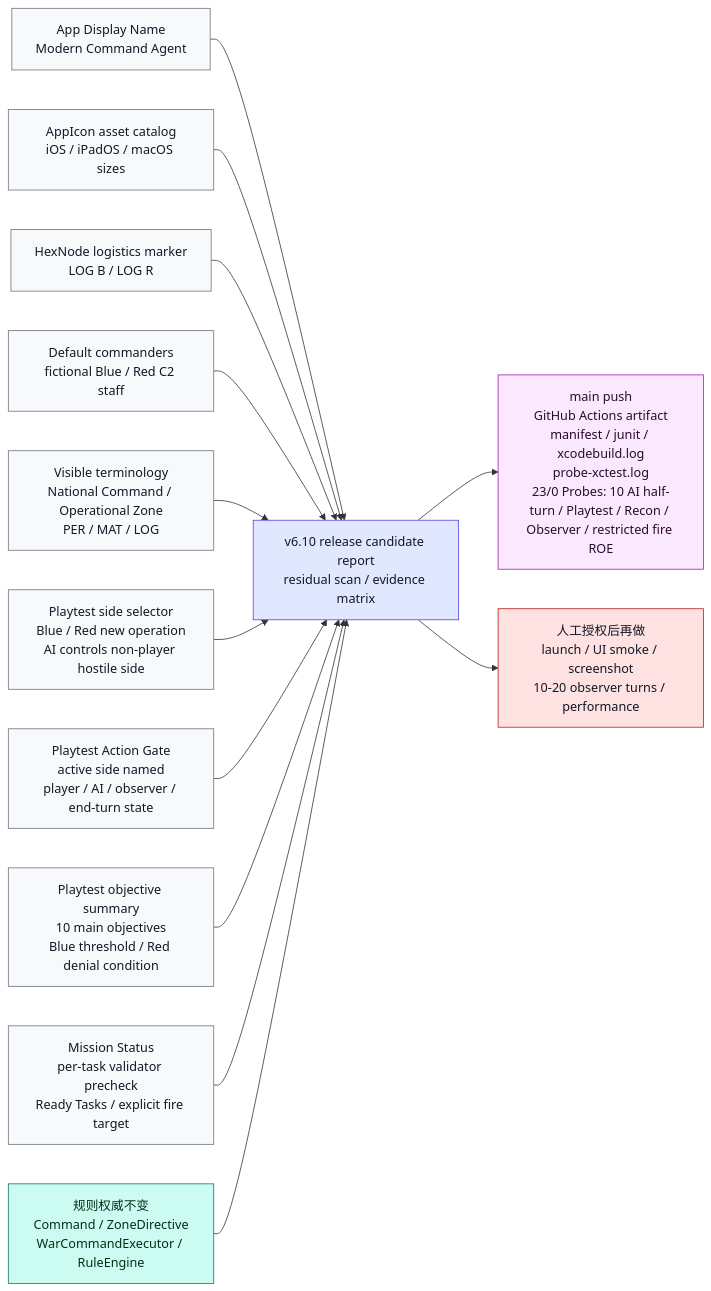
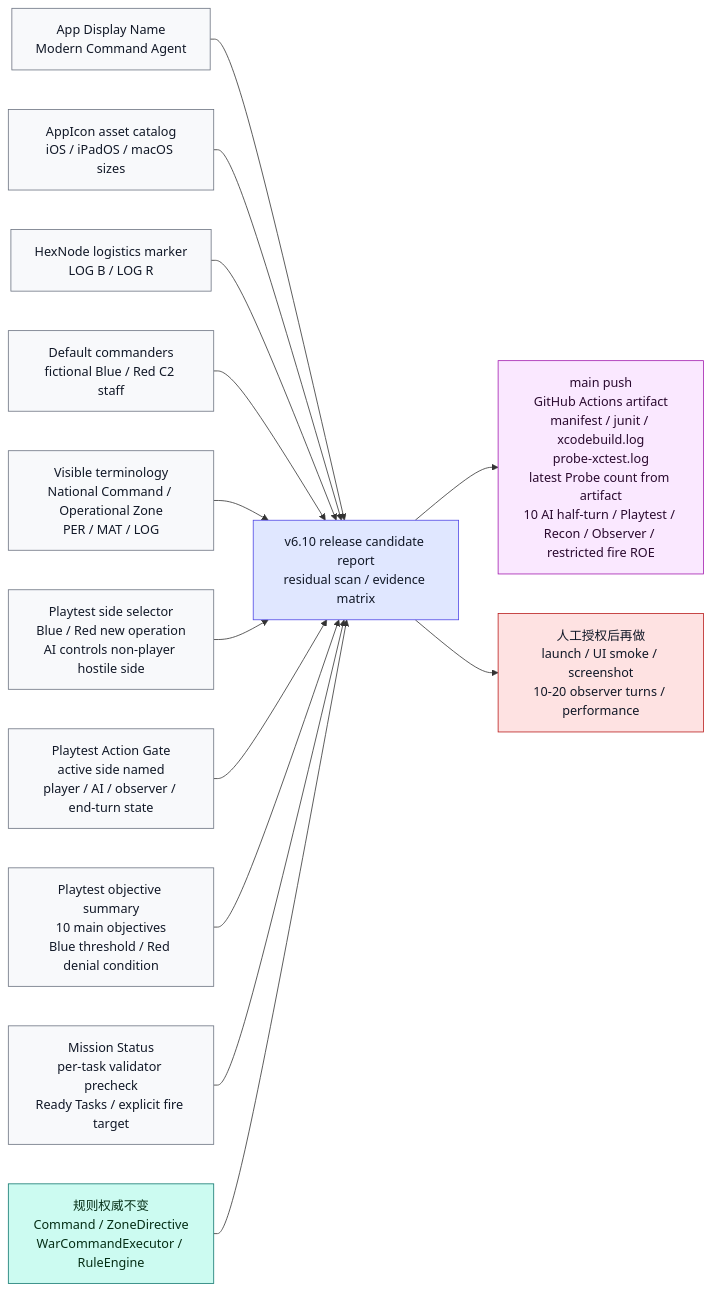
Diagram 12 of 20 in md/flow/flowchart.md (Altman-sam114/127), drawn with Mermaid before and after one commit. The commit also changed 16 other files, not shown here.

````diff
--- a/md/flow/flowchart.md
+++ b/md/flow/flowchart.md
@@ -365,35 +365,35 @@
 ```mermaid
 flowchart LR
     DISPLAY["App Display Name<br/>Modern Command Agent"]:::display
     ICON["AppIcon asset catalog<br/>iOS / iPadOS / macOS sizes"]:::display
     MAP["HexNode logistics marker<br/>LOG B / LOG R"]:::display
     COMMANDERS["Default commanders<br/>fictional Blue / Red C2 staff"]:::display
     TERMS["Visible terminology<br/>National Command / Operational Zone<br/>PER / MAT / LOG"]:::display
     REPORT["v6.10 release candidate report<br/>residual scan / evidence matrix"]:::doc
     RULES["规则权威不变<br/>Command / ZoneDirective<br/>WarCommandExecutor / RuleEngine"]:::rules
-    CLOUD["main push<br/>GitHub Actions artifact<br/>manifest / junit / xcodebuild.log<br/>probe-xctest.log<br/>23/0 Probes: 10 AI half-turn / Playtest / Recon / Observer / restricted fire ROE"]:::cloud
+    CLOUD["main push<br/>GitHub Actions artifact<br/>manifest / junit / xcodebuild.log<br/>probe-xctest.log<br/>latest Probe count from artifact<br/>10 AI half-turn / Playtest / Recon / Observer / restricted fire ROE"]:::cloud
     SIDE["Playtest side selector<br/>Blue / Red new operation<br/>AI controls non-player hostile side"]:::display
     GATE["Playtest Action Gate<br/>active side named<br/>player / AI / observer / end-turn state"]:::display
     OBJ["Playtest objective summary<br/>10 main objectives<br/>Blue threshold / Red denial condition"]:::display
     MISSION["Mission Status<br/>per-task validator precheck<br/>Ready Tasks / explicit fire target"]:::display
     RUNTIME["人工授权后再做<br/>launch / UI smoke / screenshot<br/>10-20 observer turns / performance"]:::risk
 
     DISPLAY --> REPORT
     ICON --> REPORT
     MAP --> REPORT
     COMMANDERS --> REPORT
     TERMS --> REPORT
     SIDE --> REPORT
     GATE --> REPORT
     OBJ --> REPORT
     MISSION --> REPORT
     RULES --> REPORT
     REPORT --> CLOUD
     REPORT --> RUNTIME
 
     classDef display fill:#f8f9fb,stroke:#6b7280,color:#111827
     classDef doc fill:#e0e7ff,stroke:#4f46e5,color:#111827
     classDef rules fill:#ccfbf1,stroke:#0f766e,color:#052e16
     classDef cloud fill:#fae8ff,stroke:#a21caf,color:#2a0a2f
     classDef risk fill:#fee2e2,stroke:#b91c1c,color:#111827
 ```
````
